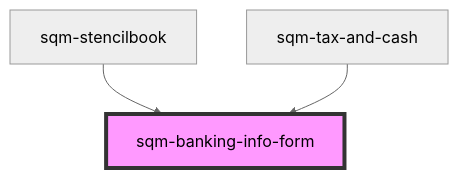
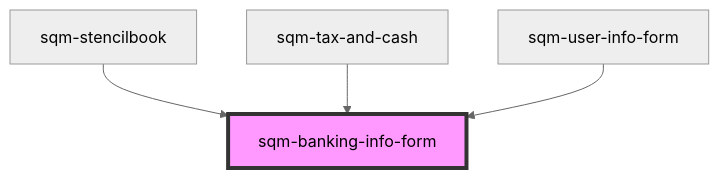
Before and after one commit to saasquatch/program-tools: the diagram in packages/mint-components/src/components/tax-and-cash/sqm-banking-info-form/readme.md, drawn with Mermaid (neutral theme). The commit also changed other lines of this file and 11 other files, not shown here.

````diff
--- a/packages/mint-components/src/components/tax-and-cash/sqm-banking-info-form/readme.md
+++ b/packages/mint-components/src/components/tax-and-cash/sqm-banking-info-form/readme.md
@@ -67,6 +68,7 @@
 ```mermaid
 graph TD;
   sqm-stencilbook --> sqm-banking-info-form
   sqm-tax-and-cash --> sqm-banking-info-form
+  sqm-user-info-form --> sqm-banking-info-form
   style sqm-banking-info-form fill:#f9f,stroke:#333,stroke-width:4px
 ```
````
